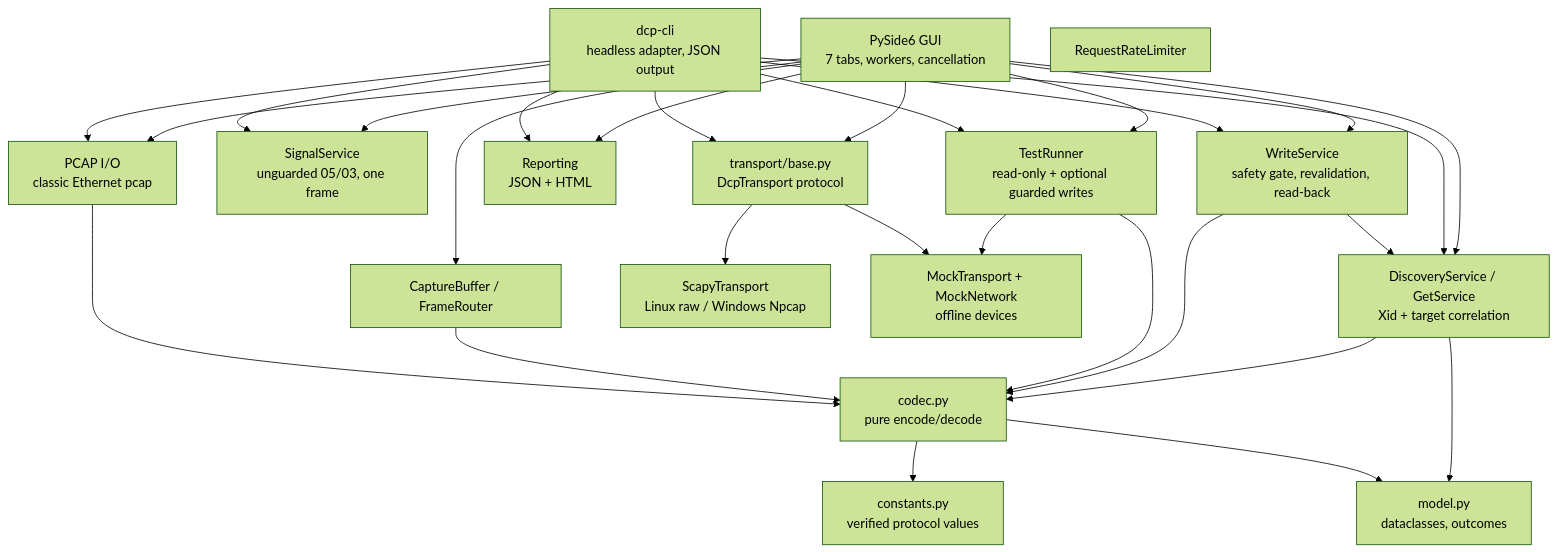
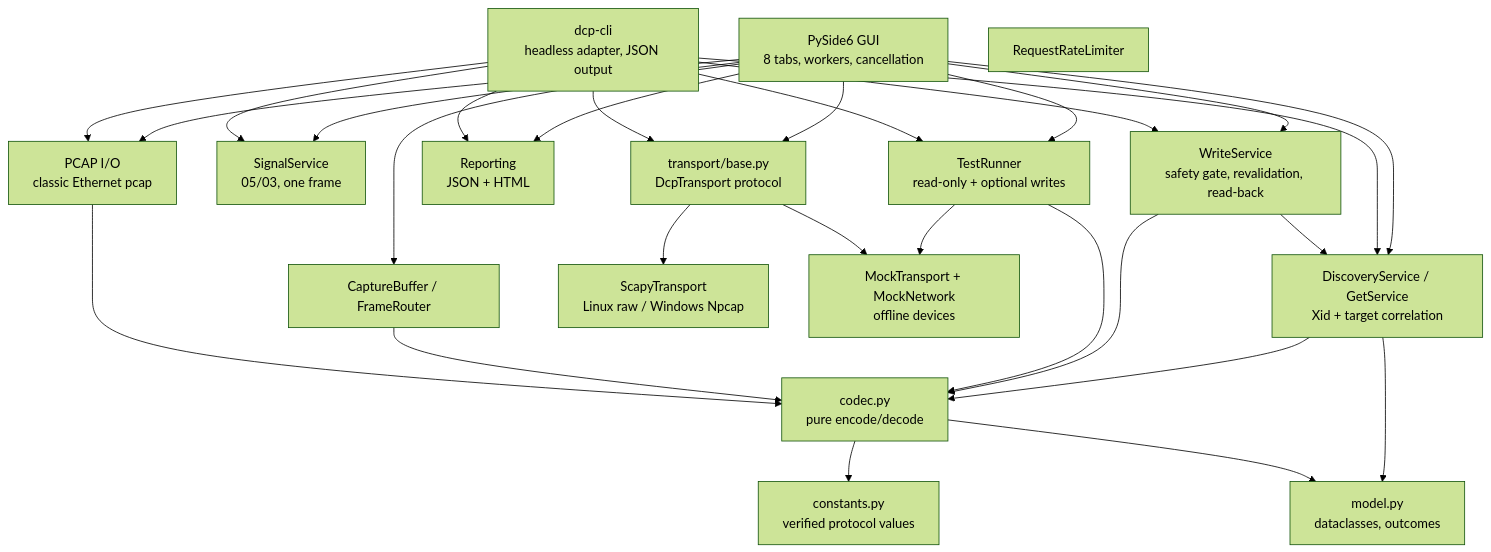
One commit to embdesign/ms-dcp-pyapp changed the diagram in PLAN.md. Above: the diagram before and after it, drawn with Mermaid (forest theme). The commit also changed other lines of this file and 50 other files, not shown here.

````diff
--- a/PLAN.md
+++ b/PLAN.md
@@ -88,47 +89,47 @@
 ```mermaid
 flowchart TB
-    GUI[PySide6 GUI<br/>7 tabs, workers, cancellation]
+    GUI[PySide6 GUI<br/>8 tabs, workers, cancellation]
     CLI[dcp-cli<br/>headless adapter, JSON output]
     SVC[DiscoveryService / GetService<br/>Xid + target correlation]
     WRITE[WriteService<br/>safety gate, revalidation, read-back]
-    SIGNAL[SignalService<br/>unguarded 05/03, one frame]
+    SIGNAL[SignalService<br/>05/03, one frame]
     RATE[RequestRateLimiter]
-    RUN[TestRunner<br/>read-only + optional guarded writes]
+    RUN[TestRunner<br/>read-only + optional writes]
     REP[Reporting<br/>JSON + HTML]
     CAP[CaptureBuffer / FrameRouter]
     PCAP[PCAP I/O<br/>classic Ethernet pcap]
     CODE[codec.py<br/>pure encode/decode]
     MODEL[model.py<br/>dataclasses, outcomes]
     CONST[constants.py<br/>verified protocol values]
     ABS[transport/base.py<br/>DcpTransport protocol]
     SCAPY[ScapyTransport<br/>Linux raw / Windows Npcap]
     MOCK[MockTransport + MockNetwork<br/>offline devices]
 
     GUI --> SVC
     GUI --> WRITE
     GUI --> SIGNAL
     GUI --> RUN
     GUI --> CAP
     GUI --> REP
     GUI --> PCAP
     GUI --> ABS
     CLI --> SVC
     CLI --> WRITE
     CLI --> SIGNAL
     CLI --> RUN
     CLI --> REP
     CLI --> PCAP
     CLI --> ABS
     SVC --> CODE
     SVC --> MODEL
     WRITE --> CODE
     WRITE --> SVC
     RUN --> CODE
     RUN --> MOCK
     CAP --> CODE
     PCAP --> CODE
     CODE --> CONST
     CODE --> MODEL
     ABS --> SCAPY
     ABS --> MOCK
 ```
````
